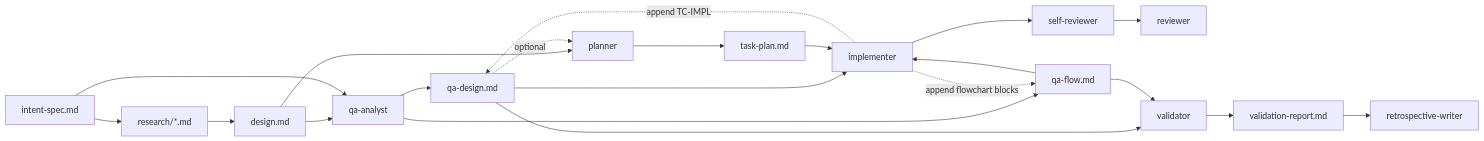
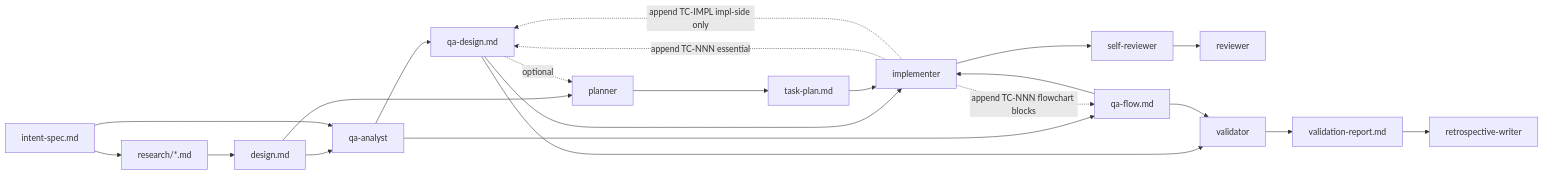
One commit to totto2727-org/monorepo changed the first of 2 diagrams in docs/dev-workflow/2026-04-26-add-qa-design-step/design.md. Above: the diagram before and after it, drawn with Mermaid. The commit also changed other lines of this file, not shown here.

First line of the commit message:
docs(dev-workflow/2026-04-26-add-qa-design-step): clarify essential vs impl-side test distinction in design.md

````diff
--- a/docs/dev-workflow/2026-04-26-add-qa-design-step/design.md
+++ b/docs/dev-workflow/2026-04-26-add-qa-design-step/design.md
@@ -76,23 +76,24 @@
 ```mermaid
 flowchart LR
   IS[intent-spec.md] --> RES[research/*.md]
   RES --> DSG[design.md]
   DSG --> QAA[qa-analyst]
   IS --> QAA
   QAA --> QAD[qa-design.md]
   QAA --> QAF[qa-flow.md]
   DSG --> PLN[planner]
   QAD -.optional.-> PLN
   PLN --> TP[task-plan.md]
   QAD --> IMPL[implementer]
   QAF --> IMPL
   TP --> IMPL
-  IMPL -.append TC-IMPL.-> QAD
-  IMPL -.append flowchart blocks.-> QAF
+  IMPL -.append TC-NNN essential.-> QAD
+  IMPL -.append TC-NNN flowchart blocks.-> QAF
+  IMPL -.append TC-IMPL impl-side only.-> QAD
   IMPL --> SR[self-reviewer]
   SR --> RV[reviewer]
   QAD --> VAL[validator]
   QAF --> VAL
   VAL --> VR[validation-report.md]
   VR --> RW[retrospective-writer]
 ```
````
